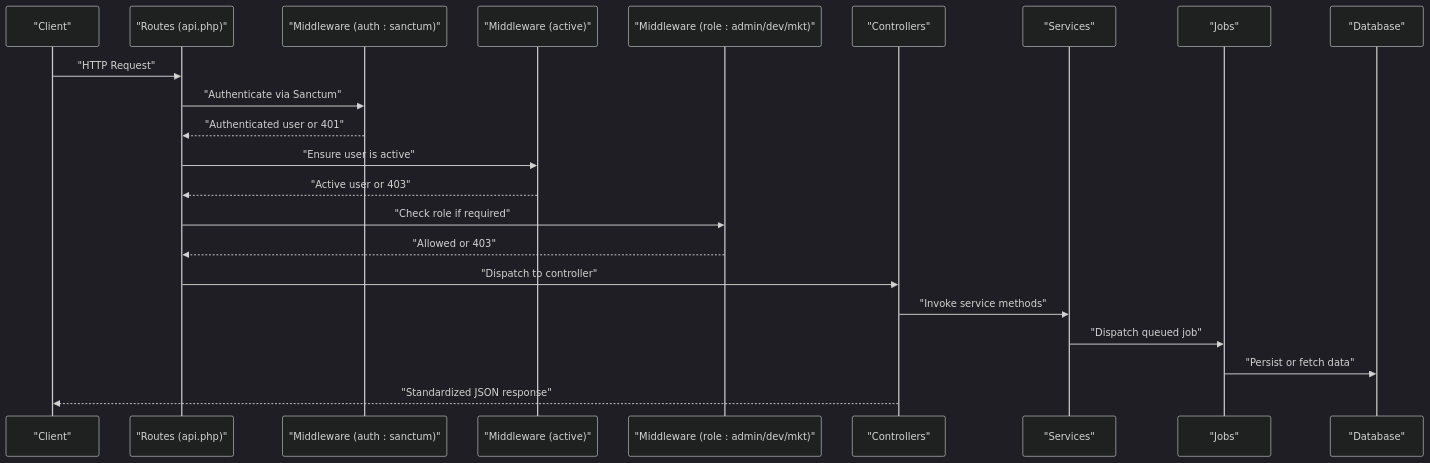
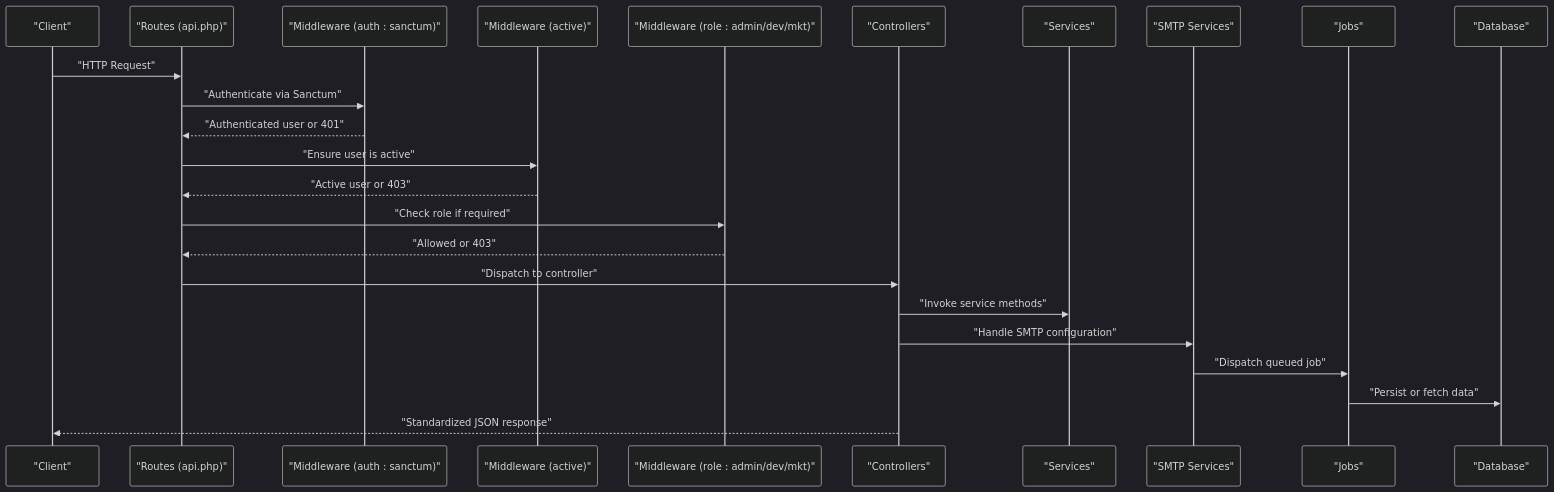
Before and after one commit to FCS-WP/website_portal: the second of 14 diagrams in .qoder/repowiki/en/content/Backend Architecture (Laravel)/Backend Architecture (Laravel).md, drawn with Mermaid (dark theme). The commit also changed other lines of this file and 30 other files, not shown here.

````diff
--- a/.qoder/repowiki/en/content/Backend Architecture (Laravel)/Backend Architecture (Laravel).md
+++ b/.qoder/repowiki/en/content/Backend Architecture (Laravel)/Backend Architecture (Laravel).md
@@ -144,24 +183,26 @@
 ```mermaid
 sequenceDiagram
 participant Client as "Client"
 participant Routes as "Routes (api.php)"
 participant MW_Auth as "Middleware (auth : sanctum)"
 participant MW_Active as "Middleware (active)"
 participant MW_Role as "Middleware (role : admin/dev/mkt)"
 participant Ctrl as "Controllers"
 participant Svc as "Services"
+participant SMTPSvc as "SMTP Services"
 participant Job as "Jobs"
 participant DB as "Database"
 Client->>Routes : "HTTP Request"
 Routes->>MW_Auth : "Authenticate via Sanctum"
 MW_Auth-->>Routes : "Authenticated user or 401"
 Routes->>MW_Active : "Ensure user is active"
 MW_Active-->>Routes : "Active user or 403"
 Routes->>MW_Role : "Check role if required"
 MW_Role-->>Routes : "Allowed or 403"
 Routes->>Ctrl : "Dispatch to controller"
 Ctrl->>Svc : "Invoke service methods"
-Svc->>Job : "Dispatch queued job"
+Ctrl->>SMTPSvc : "Handle SMTP configuration"
+SMTPSvc->>Job : "Dispatch queued job"
 Job->>DB : "Persist or fetch data"
 Ctrl-->>Client : "Standardized JSON response"
 ```
````
